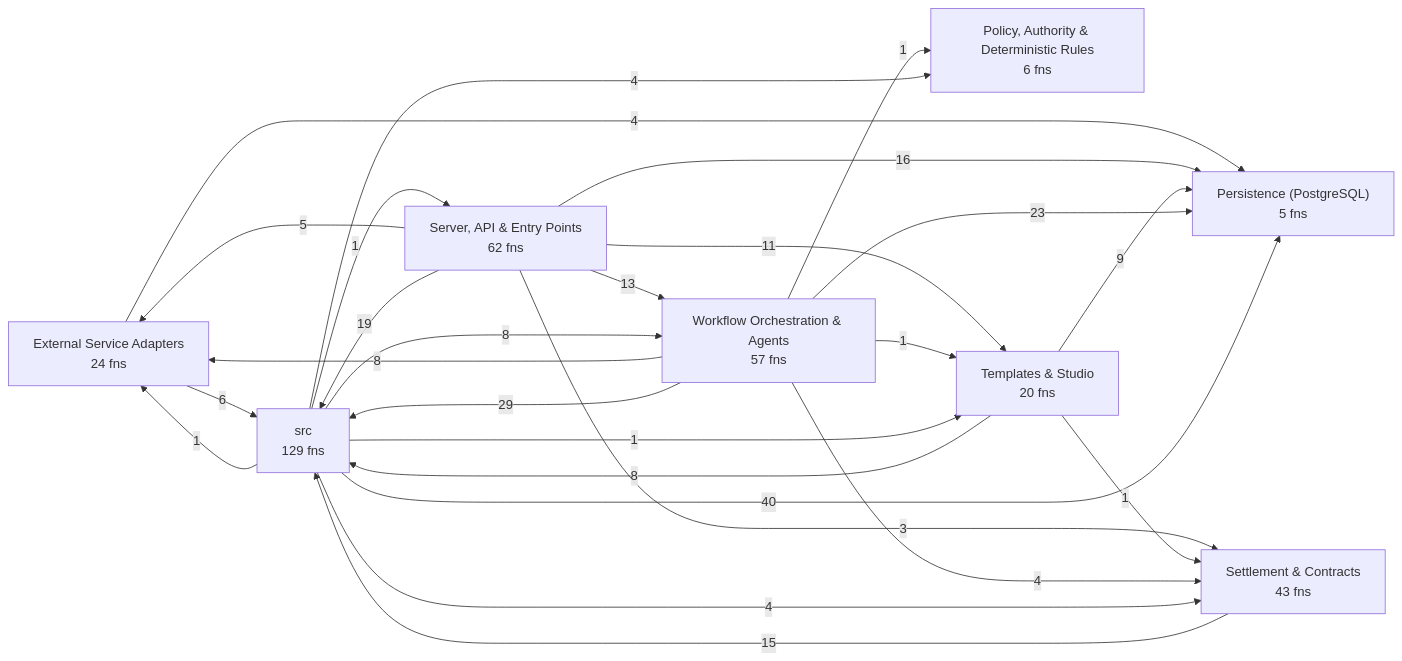
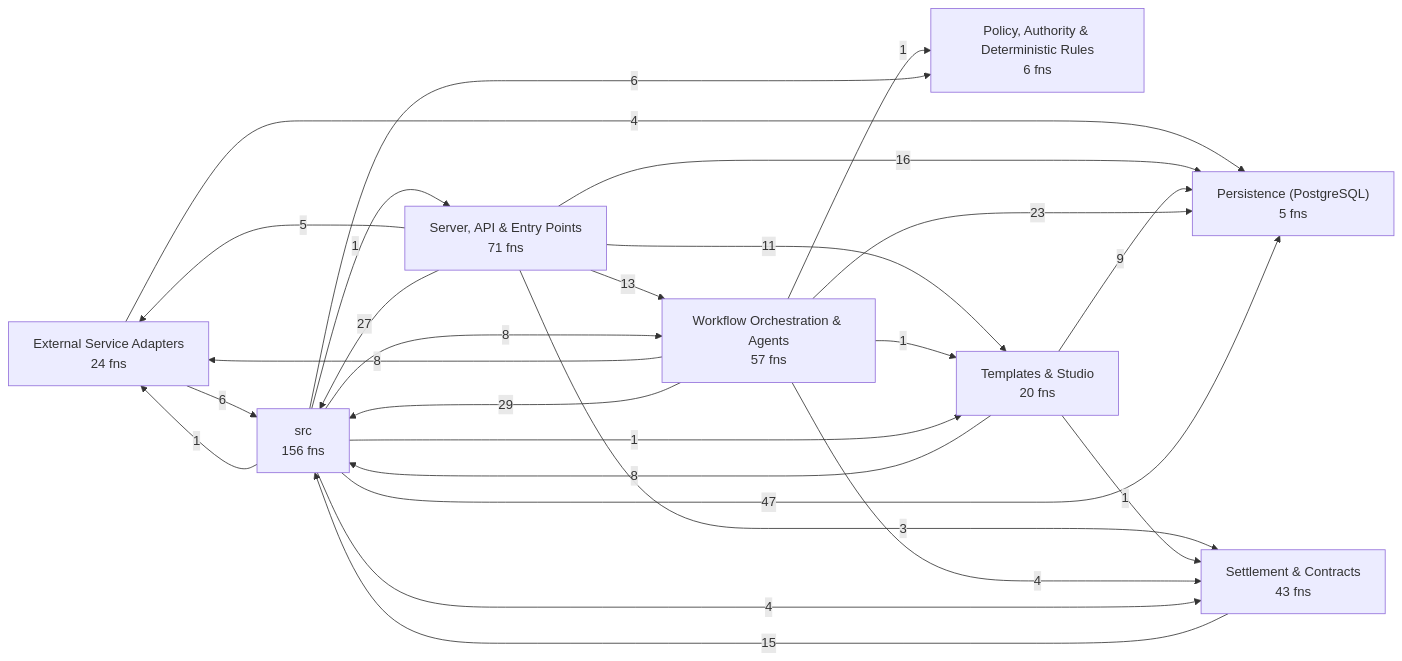
The first of 8 diagrams in docs/CODEBASE_MAP.md (Jaydearcadian/bind), drawn with Mermaid before and after one commit. The commit also changed other lines of this file and 9 other files, not shown here.

````diff
--- a/docs/CODEBASE_MAP.md
+++ b/docs/CODEBASE_MAP.md
@@ -12,36 +12,36 @@
 ```mermaid
 flowchart LR
   L0["External Service Adapters<br/>24 fns"]
   L1["Persistence (PostgreSQL)<br/>5 fns"]
   L2["Policy, Authority & Deterministic Rules<br/>6 fns"]
-  L3["Server, API & Entry Points<br/>62 fns"]
+  L3["Server, API & Entry Points<br/>71 fns"]
   L4["Settlement & Contracts<br/>43 fns"]
   L5["Templates & Studio<br/>20 fns"]
   L6["Workflow Orchestration & Agents<br/>57 fns"]
-  L7["src<br/>129 fns"]
+  L7["src<br/>156 fns"]
   L0 -->|4| L1
   L0 -->|6| L7
   L3 -->|5| L0
   L3 -->|16| L1
   L3 -->|3| L4
   L3 -->|11| L5
   L3 -->|13| L6
-  L3 -->|19| L7
+  L3 -->|27| L7
   L4 -->|15| L7
   L5 -->|9| L1
   L5 -->|1| L4
   L5 -->|8| L7
   L6 -->|8| L0
   L6 -->|23| L1
   L6 -->|1| L2
   L6 -->|4| L4
   L6 -->|1| L5
   L6 -->|29| L7
   L7 -->|1| L0
-  L7 -->|40| L1
-  L7 -->|4| L2
+  L7 -->|47| L1
+  L7 -->|6| L2
   L7 -->|1| L3
   L7 -->|4| L4
   L7 -->|1| L5
   L7 -->|8| L6
 ```
````
